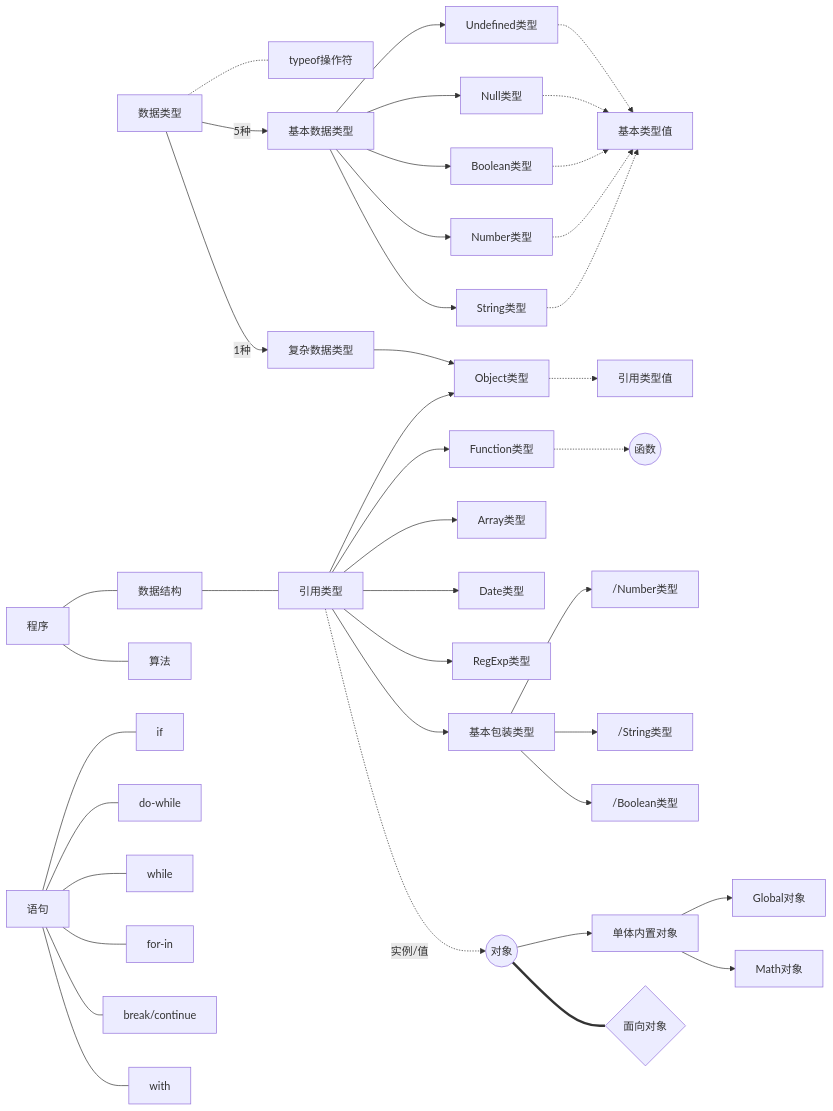
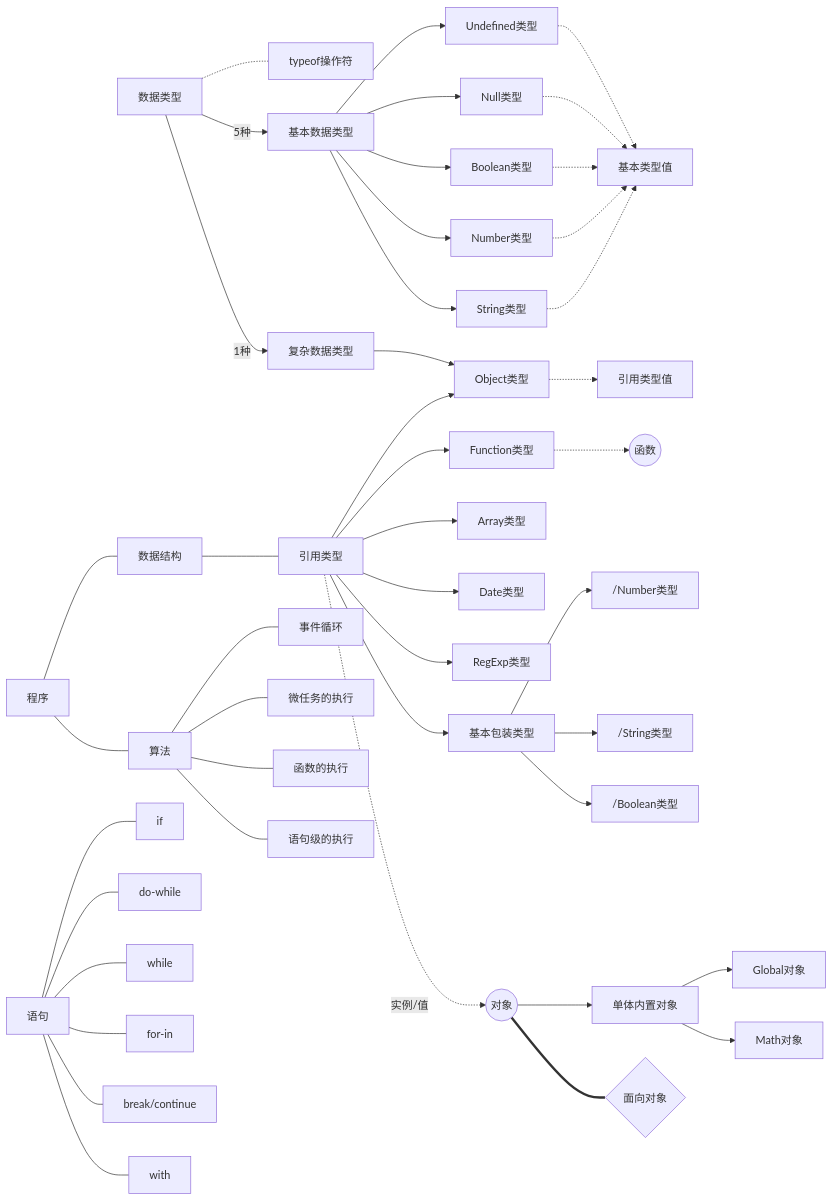
The diagram in notes/JS/JS.md (from-scratch0/Code-Sutra), drawn with Mermaid before and after one commit. The commit also changed other lines of this file and 1501 other files, not shown here.

````diff
--- a/notes/JS/JS.md
+++ b/notes/JS/JS.md
@@ -66,43 +66,46 @@
 ```mermaid
 graph LR
 数据类型-.-typeof操作符
 数据类型-->|5种|基本数据类型
 基本数据类型-->Undefined类型
 基本数据类型-->Null类型
 基本数据类型-->Boolean类型
 基本数据类型-->Number类型
 基本数据类型-->String类型
 Undefined类型-.->基本类型值
 Null类型-.->基本类型值
 Boolean类型-.->基本类型值
 Number类型-.->基本类型值
 String类型-.->基本类型值
 数据类型-->|1种|复杂数据类型
 复杂数据类型-->Object类型
 Object类型-.->引用类型值
 程序---数据结构
 数据结构---引用类型
 引用类型-.->|实例/值|对象((对象))
 引用类型-->Object类型
 引用类型-->Array类型
 引用类型-->Date类型
 引用类型-->RegExp类型
 引用类型-->Function类型
 Function类型-.->函数((函数))
 引用类型-->基本包装类型
 基本包装类型-->/Number类型
 基本包装类型-->/String类型
 基本包装类型-->/Boolean类型
 对象-->单体内置对象
 对象===面向对象{面向对象}
 单体内置对象-->Global对象
 单体内置对象-->Math对象
 程序---算法
+算法---事件循环
+算法---微任务的执行
+算法---函数的执行
+算法---语句级的执行
 语句---if
 语句---do-while
 语句---while
 语句---for-in
 语句---break/continue
 语句---with
-
 ```
````
